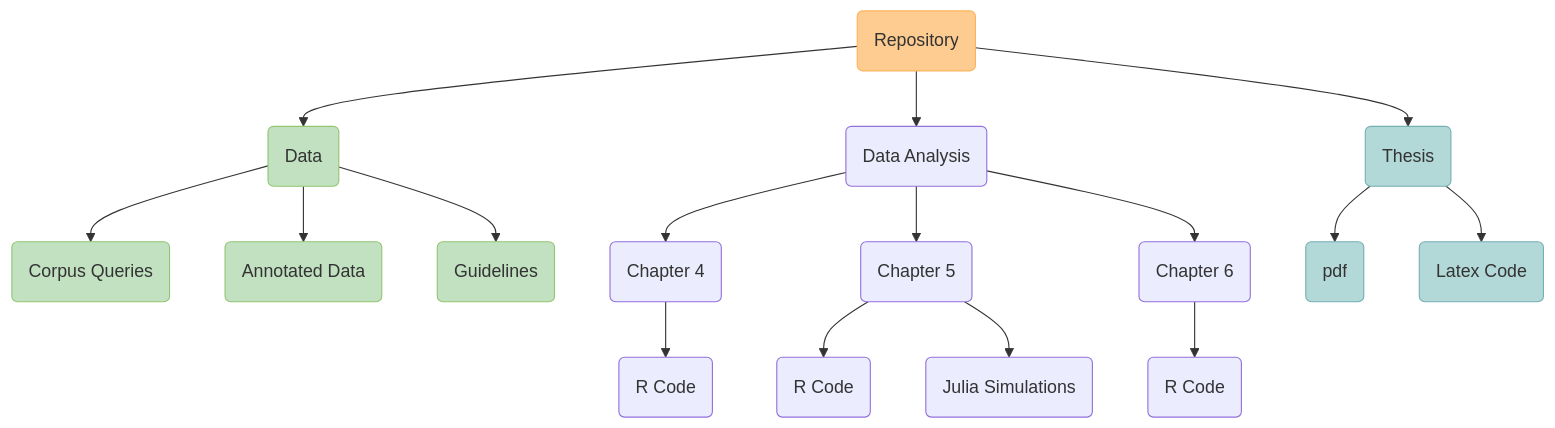
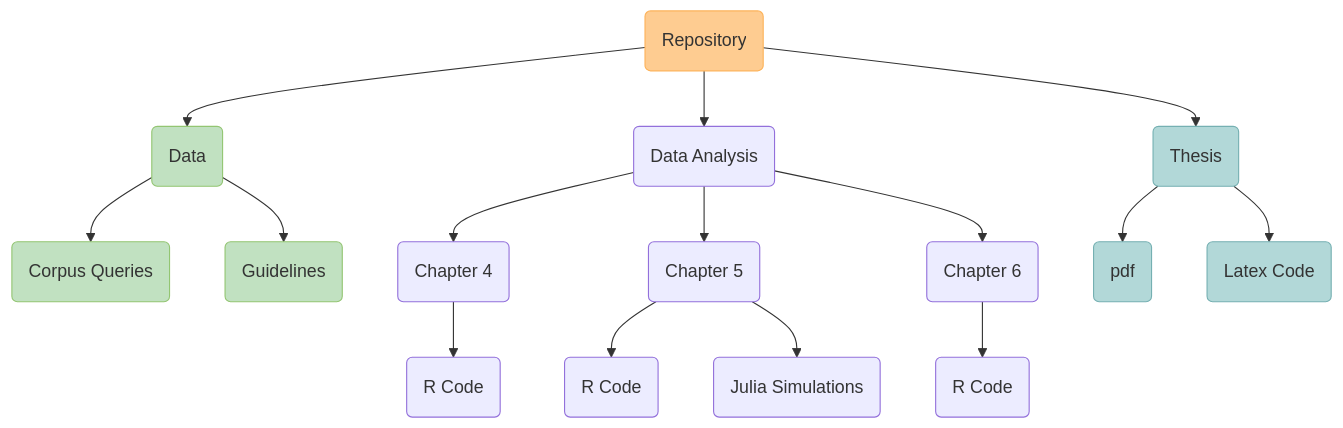
One commit to Raquel-Montero/PhDThesis changed the diagram in README.md. Above: the diagram before and after it, drawn with Mermaid.

````diff
--- a/README.md
+++ b/README.md
@@ -11,27 +11,25 @@
 ```mermaid
 graph TD;
     A(Repository) --> Q(Data);
     Q(Data) --> Q1(Corpus Queries);
-    Q(Data) --> Q2(Annotated Data);
-    Q(Data) --> Q3(Guidelines);
+    Q(Data) --> Q2(Guidelines);
     A(Repository)--> C(Data Analysis);
     C(Data Analysis) --> D(Chapter 4);
     D(Chapter 4) --> D1(R Code);
     C(Data Analysis) --> E(Chapter 5);
     E(Chapter 5) --> E1(R Code);
     E(Chapter 5) --> E2(Julia Simulations);
     C(Data Analysis) --> F(Chapter 6);
     F(Chapter 6) --> F1(R Code);
     A(Repository) --> B(Thesis);
     B(Thesis) --> B1(pdf);
     B(Thesis) --> B2(Latex Code);
 
 style A fill:#fecc91, stroke:#fdb35a
 style Q fill:#C1E1C1, stroke:#93C572
 style Q1 fill:#C1E1C1, stroke:#93C572
 style Q2 fill:#C1E1C1, stroke:#93C572
-style Q3 fill:#C1E1C1, stroke:#93C572
 style B fill:#b2d8d8, stroke:#75b0b2
 style B1 fill:#b2d8d8, stroke:#75b0b2
 style B2 fill:#b2d8d8, stroke:#75b0b2
 ```
````
